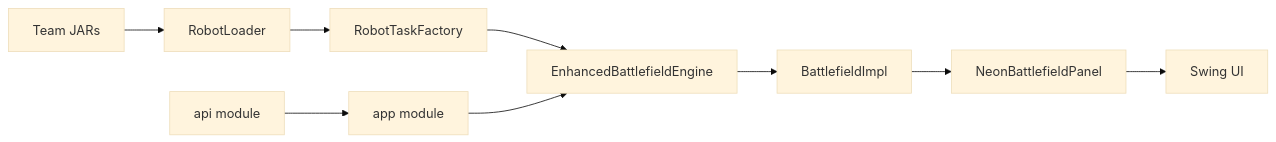
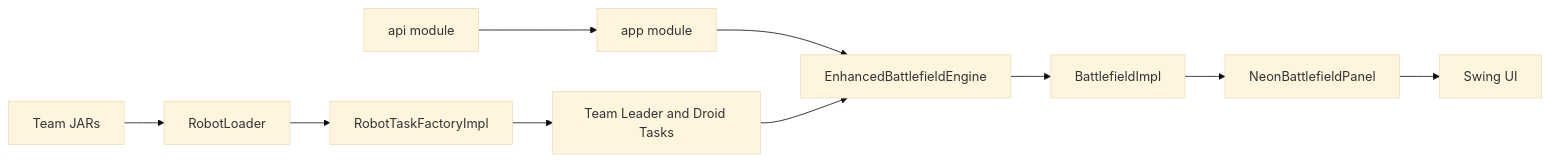
The diagram in README.md (Abdelkrim7Be/Robot-Battle-Engine), drawn with Mermaid (base theme) before and after one commit. The commit also changed other lines of this file and 20 other files, not shown here.

````diff
--- a/README.md
+++ b/README.md
@@ -31,11 +30,12 @@
 ```mermaid
 flowchart LR
-    Teams[Team JARs] --> Loader[RobotLoader]
-    Loader --> Factory[RobotTaskFactory]
+    TeamJars[Team JARs] --> Loader[RobotLoader]
+    Loader --> Factory[RobotTaskFactoryImpl]
     API[api module] --> App[app module]
-    Factory --> Engine[EnhancedBattlefieldEngine]
-    App --> Engine
+    Factory --> Tasks[Team Leader and Droid Tasks]
+    App --> Engine[EnhancedBattlefieldEngine]
+    Tasks --> Engine
     Engine --> Battlefield[BattlefieldImpl]
     Battlefield --> Renderer[NeonBattlefieldPanel]
     Renderer --> UI[Swing UI]
 ```
````
